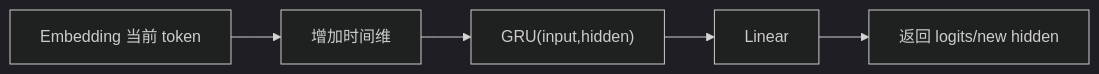
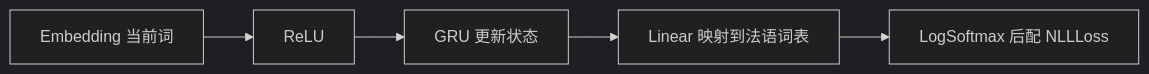
Before and after one commit to luyunix/nlp_study: the first of 2 diagrams in notes/seq2seq-translation/12-plain-decoder-code.md, drawn with Mermaid (dark theme). The commit also changed other lines of this file and 66 other files, not shown here.

````diff
--- a/notes/seq2seq-translation/12-plain-decoder-code.md
+++ b/notes/seq2seq-translation/12-plain-decoder-code.md
@@ -17,12 +17,12 @@
 ```mermaid
 flowchart LR
-    N0["Embedding 当前 token"]
-    N1["增加时间维"]
-    N2["GRU(input,hidden)"]
-    N3["Linear"]
-    N4["返回 logits/new hidden"]
+    N0["Embedding 当前词"]
+    N1["ReLU"]
+    N2["GRU 更新状态"]
+    N3["Linear 映射到法语词表"]
+    N4["LogSoftmax 后配 NLLLoss"]
     N0 --> N1
     N1 --> N2
     N2 --> N3
     N3 --> N4
 ```
````
